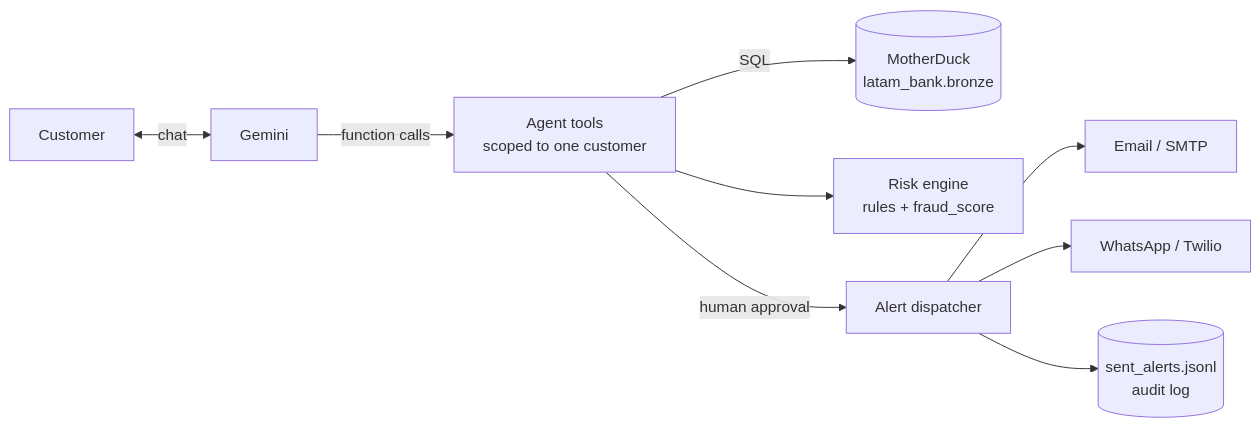
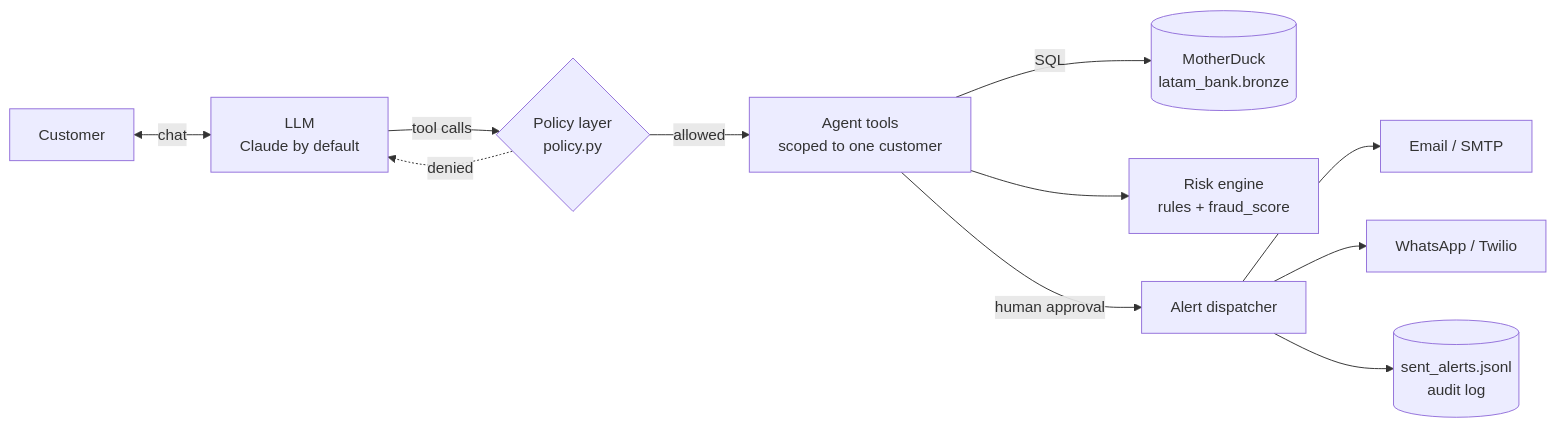
One commit to algirldos/factored-hackathon-2026--TM- changed the first of 3 diagrams in README.md. Above: the diagram before and after it, drawn with Mermaid. The commit also changed other lines of this file and 32 other files, not shown here.

````diff
--- a/README.md
+++ b/README.md
@@ -38,11 +48,13 @@
 ```mermaid
 flowchart LR
-    C[Customer] <-->|chat| G[Gemini]
-    G -->|function calls| T[Agent tools<br/>scoped to one customer]
+    C[Customer] <-->|chat| G[LLM<br/>Claude by default]
+    G -->|tool calls| P{Policy layer<br/>policy.py}
+    P -->|allowed| T[Agent tools<br/>scoped to one customer]
+    P -.->|denied| G
     T -->|SQL| M[(MotherDuck<br/>latam_bank.bronze)]
     T --> R[Risk engine<br/>rules + fraud_score]
     T -->|human approval| A[Alert dispatcher]
     A --> E[Email / SMTP]
     A --> W[WhatsApp / Twilio]
     A --> L[(sent_alerts.jsonl<br/>audit log)]
 ```
````
